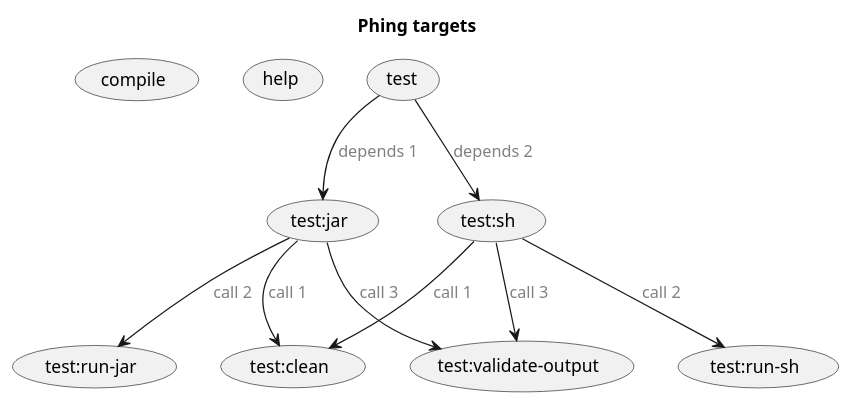
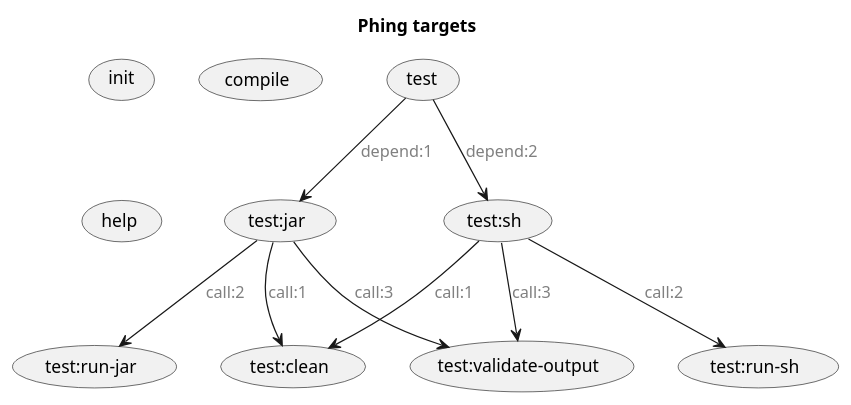
Before and after one commit to jawira/plantuml: the diagram in docs/phing.puml, drawn with PlantUML. The commit also changed 1 other file, not shown here.

Commit message:
Add Phing's init target

```diff
--- a/docs/phing.puml
+++ b/docs/phing.puml
@@ -1,20 +1,21 @@
 @startuml
 title Phing targets
 skinparam defaultFontName Helvetica
 skinparam arrowFontColor Grey
 
+(init)
 (compile)
 (help)
 
-(test) --> (test:jar) : depends 1
-(test) --> (test:sh) : depends 2
+(test) --> (test:jar) : depend:1
+(test) --> (test:sh) : depend:2
 
-(test:jar) --> (test:clean) : call 1
-(test:jar) --> (test:run-jar) : call 2
-(test:jar) --> (test:validate-output) : call 3
+(test:jar) --> (test:clean) : call:1
+(test:jar) --> (test:run-jar) : call:2
+(test:jar) --> (test:validate-output) : call:3
 
-(test:sh) --> (test:clean) : call 1
-(test:sh) --> (test:run-sh) : call 2
-(test:sh) --> (test:validate-output) : call 3
+(test:sh) --> (test:clean) : call:1
+(test:sh) --> (test:run-sh) : call:2
+(test:sh) --> (test:validate-output) : call:3
 
 @enduml
```
